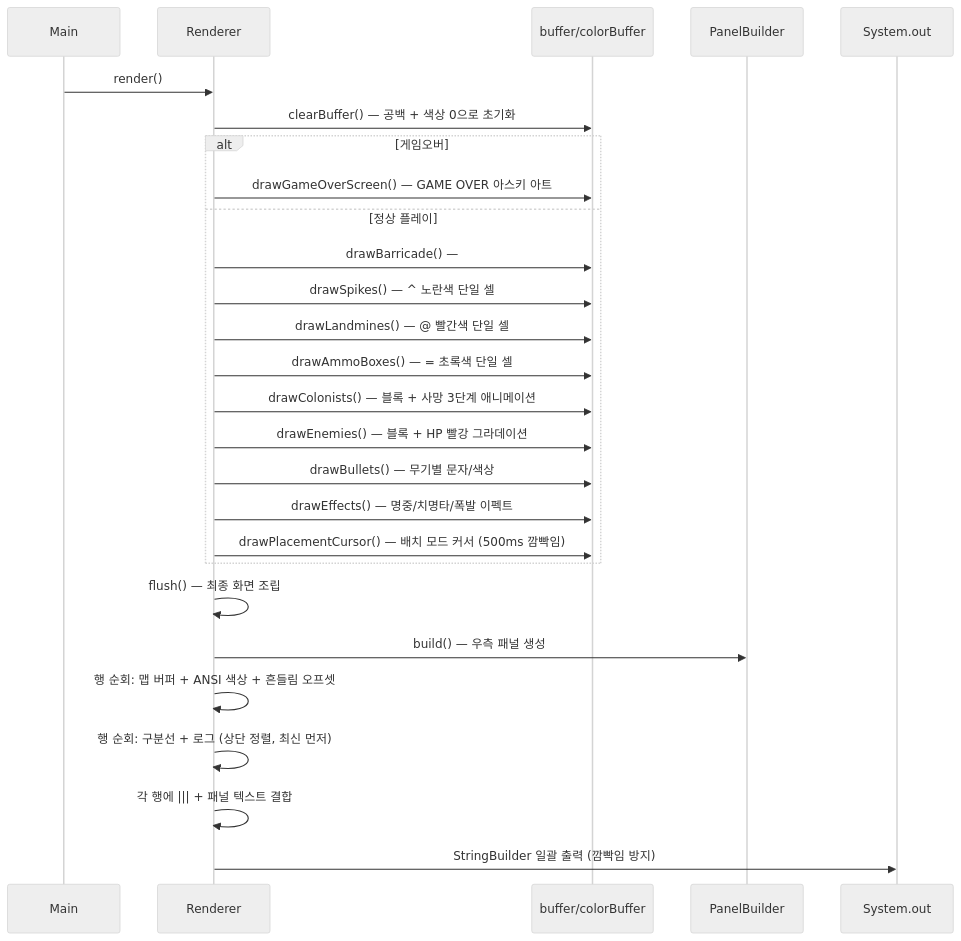
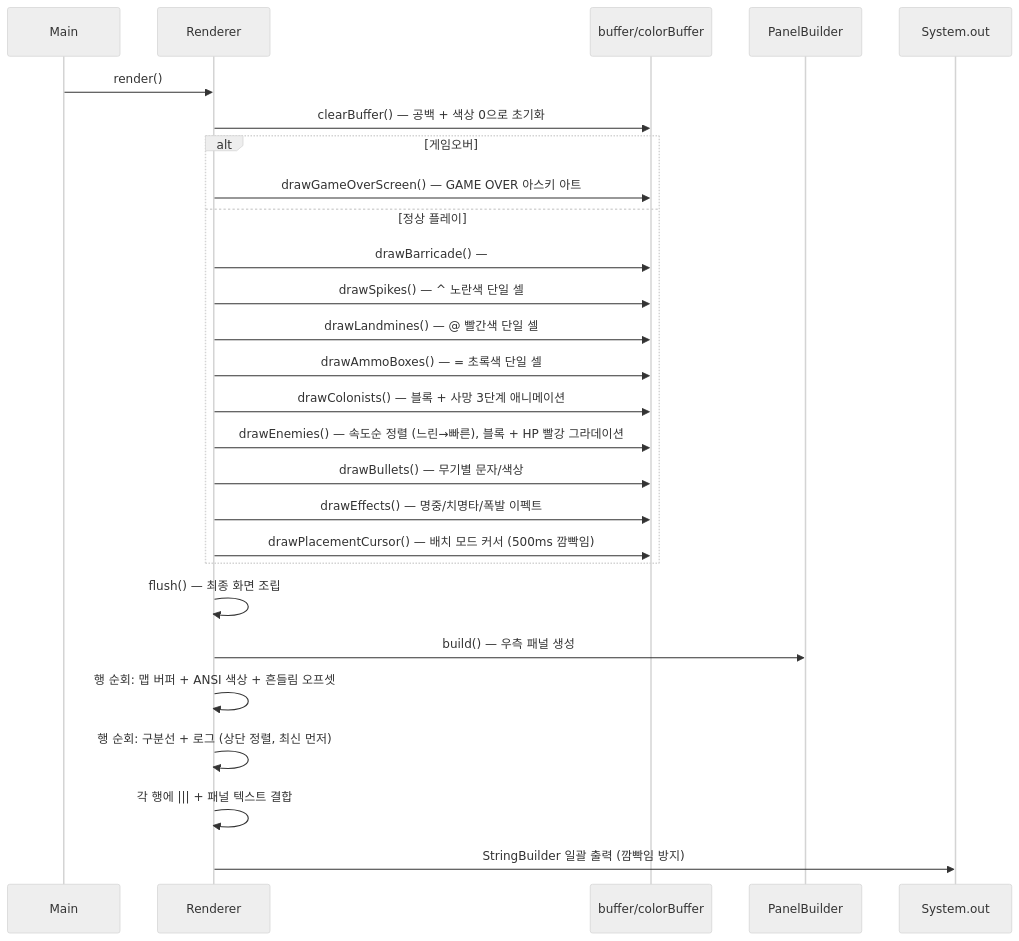
One commit to weweweme/teamnova_basic_class changed diagram 11 of 12 in week6/CLAUDE.md. Above: the diagram before and after it, drawn with Mermaid (neutral theme). The commit also changed other lines of this file and 6 other files, not shown here.

````diff
--- a/week6/CLAUDE.md
+++ b/week6/CLAUDE.md
@@ -479,32 +479,32 @@
 ```mermaid
 sequenceDiagram
     participant Main
     participant R as Renderer
     participant Buf as buffer/colorBuffer
     participant PB as PanelBuilder
     participant Out as System.out
 
     Main->>R: render()
     R->>Buf: clearBuffer() — 공백 + 색상 0으로 초기화
 
     alt 게임오버
         R->>Buf: drawGameOverScreen() — GAME OVER 아스키 아트
     else 정상 플레이
         R->>Buf: drawBarricade() — ## 세로벽, 피격/수리 색상
         R->>Buf: drawSpikes() — ^ 노란색 단일 셀
         R->>Buf: drawLandmines() — @ 빨간색 단일 셀
         R->>Buf: drawAmmoBoxes() — = 초록색 단일 셀
         R->>Buf: drawColonists() — 블록 + 사망 3단계 애니메이션
-        R->>Buf: drawEnemies() — 블록 + HP 빨강 그라데이션
+        R->>Buf: drawEnemies() — 속도순 정렬 (느린→빠른), 블록 + HP 빨강 그라데이션
         R->>Buf: drawBullets() — 무기별 문자/색상
         R->>Buf: drawEffects() — 명중/치명타/폭발 이펙트
         R->>Buf: drawPlacementCursor() — 배치 모드 커서 (500ms 깜빡임)
     end
 
     R->>R: flush() — 최종 화면 조립
     R->>PB: build() — 우측 패널 생성
     R->>R: 행 순회: 맵 버퍼 + ANSI 색상 + 흔들림 오프셋
     R->>R: 행 순회: 구분선 + 로그 (상단 정렬, 최신 먼저)
     R->>R: 각 행에 ||| + 패널 텍스트 결합
     R->>Out: StringBuilder 일괄 출력 (깜빡임 방지)
 ```
````
